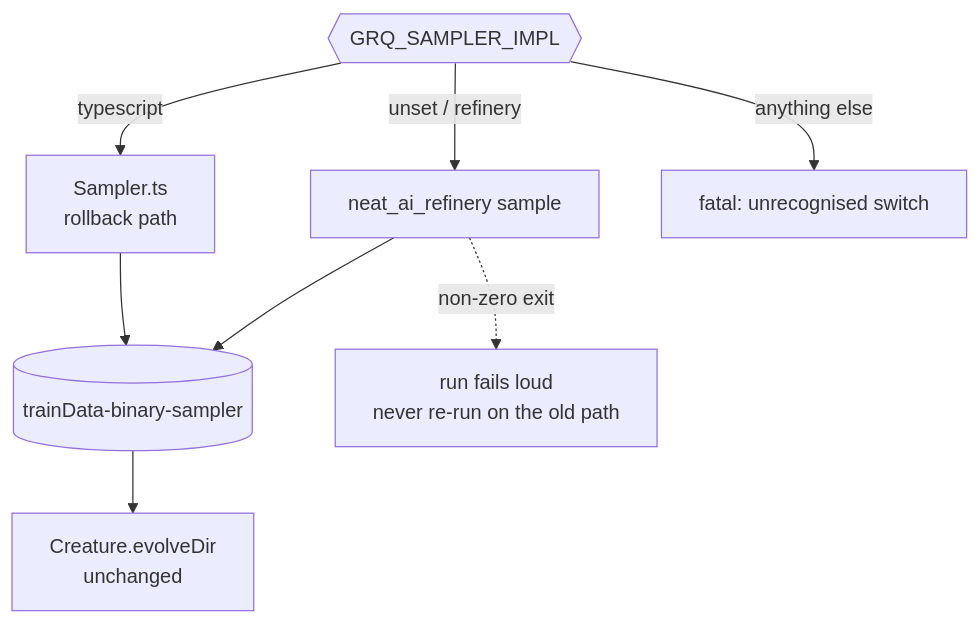
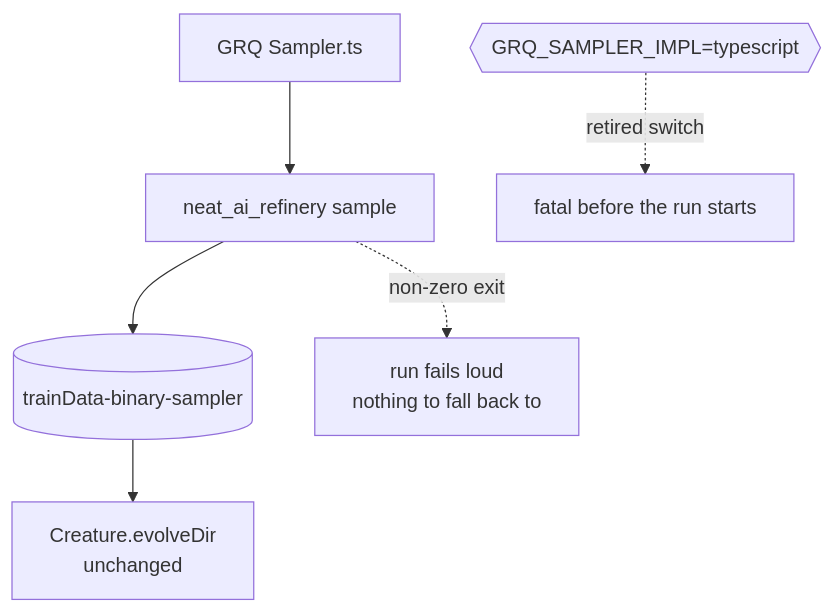
One commit to stSoftwareAU/NEAT-AI-Refinery changed the diagram in docs/grq-integration.md. Above: the diagram before and after it, drawn with Mermaid. The commit also changed other lines of this file and 7 other files, not shown here.

First line of the commit message:
Document the removal of GRQ's TypeScript sampler and its rollback switch (Issue #9) (#39)

````diff
--- a/docs/grq-integration.md
+++ b/docs/grq-integration.md
@@ -29,10 +31,8 @@
 ```mermaid
 flowchart TD
-    S{{GRQ_SAMPLER_IMPL}} -->|unset / refinery| R[neat_ai_refinery sample]
-    S -->|typescript| T[Sampler.ts<br/>rollback path]
-    S -->|anything else| X[fatal: unrecognised switch]
-    T --> L[(trainData-binary-sampler)]
-    R --> L
+    S[GRQ Sampler.ts] --> R[neat_ai_refinery sample]
+    R --> L[(trainData-binary-sampler)]
     L --> E[Creature.evolveDir<br/>unchanged]
-    R -.->|non-zero exit| F[run fails loud<br/>never re-run on the old path]
+    R -.->|non-zero exit| F[run fails loud<br/>nothing to fall back to]
+    X{{GRQ_SAMPLER_IMPL=typescript}} -.->|retired switch| Y[fatal before the run starts]
 ```
````
